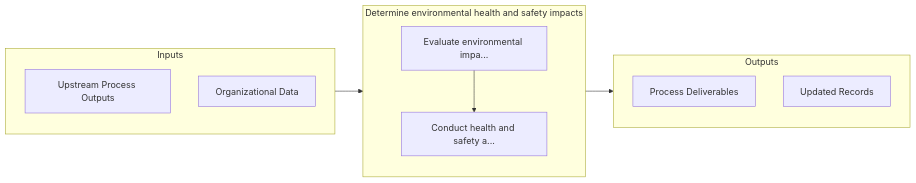
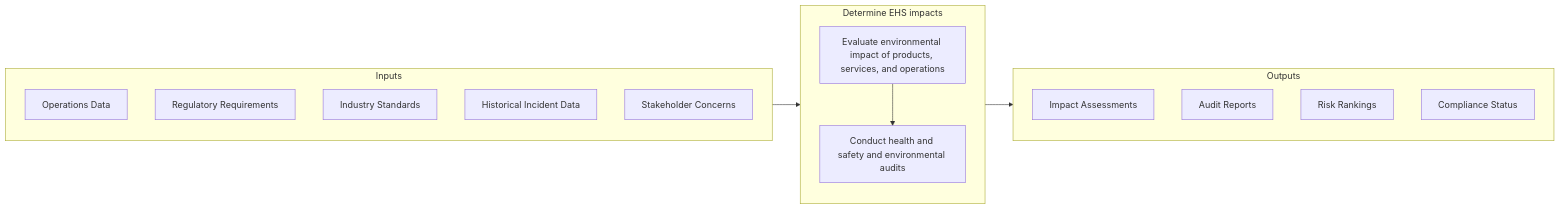
Before and after one commit to kziemski/business.org.ai: the second of 2 diagrams in processes/13-Capabilities/13.8.1-DetermineEnvironmentalHealthSafety/index.mdx, drawn with Mermaid. The commit also changed other lines of this file and 885 other files, not shown here.

````diff
--- a/processes/13-Capabilities/13.8.1-DetermineEnvironmentalHealthSafety/index.mdx
+++ b/processes/13-Capabilities/13.8.1-DetermineEnvironmentalHealthSafety/index.mdx
@@ -59,20 +62,25 @@
 ```mermaid
 flowchart LR
     subgraph Inputs["Inputs"]
-        I1["Upstream Process Outputs"]
-        I2["Organizational Data"]
+        I1["Operations Data"]
+        I2["Regulatory Requirements"]
+        I3["Industry Standards"]
+        I4["Historical Incident Data"]
+        I5["Stakeholder Concerns"]
     end
 
-    subgraph Process["Determine environmental health and safety impacts"]
-        S1["Evaluate environmental impa..."]
-        S2["Conduct health and safety a..."]
+    subgraph Process["Determine EHS impacts"]
+        S1["Evaluate environmental impact of products, services, and operations"]
+        S2["Conduct health and safety and environmental audits"]
     end
 
     subgraph Outputs["Outputs"]
-        O1["Process Deliverables"]
-        O2["Updated Records"]
+        O1["Impact Assessments"]
+        O2["Audit Reports"]
+        O3["Risk Rankings"]
+        O4["Compliance Status"]
     end
 
     Inputs --> Process --> Outputs
     S1 --> S2
 ```
````
